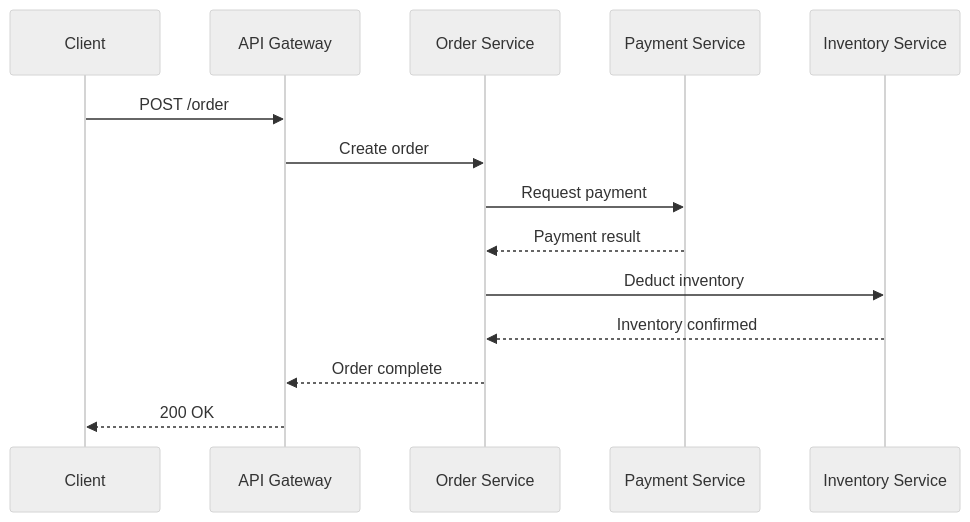
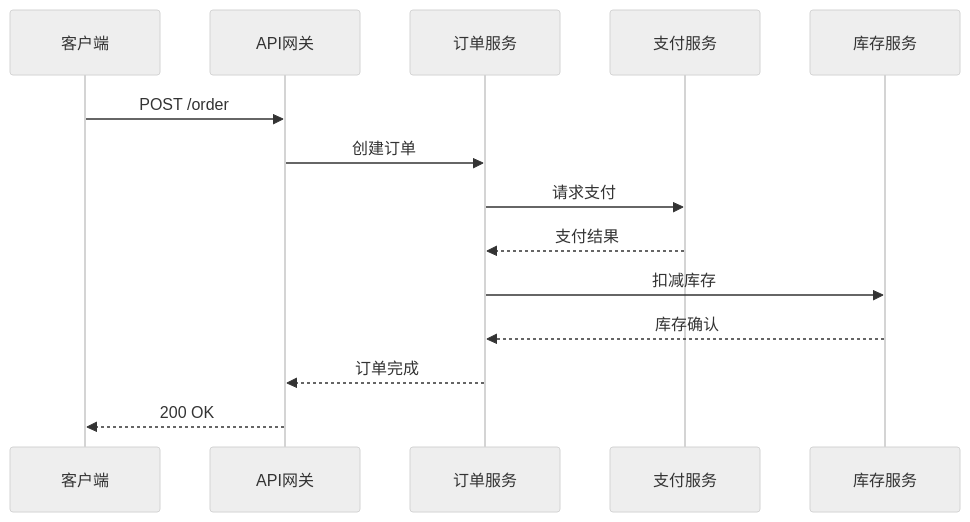
The second of 2 diagrams in skills/mermaid-diagram-generator/SKILL.md (mike22890/opencode-skills-en), drawn with Mermaid (neutral theme) before and after one commit. The commit also changed other lines of this file and 333 other files, not shown here.

````diff
--- a/skills/mermaid-diagram-generator/SKILL.md
+++ b/skills/mermaid-diagram-generator/SKILL.md
@@ -60,17 +68,17 @@
 ```mermaid
 sequenceDiagram
-    participant C as Client
-    participant G as API Gateway
-    participant O as Order Service
-    participant P as Payment Service
-    participant I as Inventory Service
+    participant C as 客户端
+    participant G as API网关
+    participant O as 订单服务
+    participant P as 支付服务
+    participant I as 库存服务
 
     C->>G: POST /order
-    G->>O: Create order
-    O->>P: Request payment
-    P-->>O: Payment result
-    O->>I: Deduct inventory
-    I-->>O: Inventory confirmed
-    O-->>G: Order complete
+    G->>O: 创建订单
+    O->>P: 请求支付
+    P-->>O: 支付结果
+    O->>I: 扣减库存
+    I-->>O: 库存确认
+    O-->>G: 订单完成
     G-->>C: 200 OK
 ```
````
